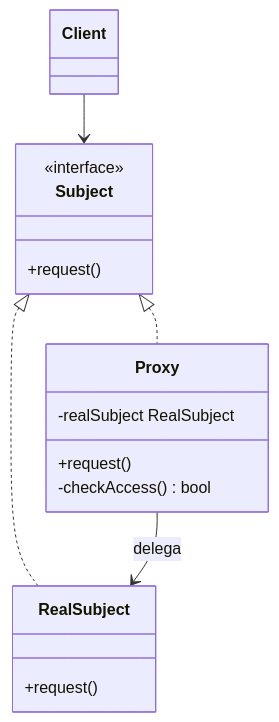
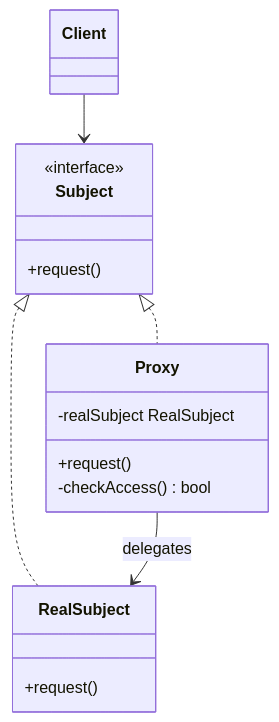
One commit to alancesar/design-patterns changed the diagram in docs/coding/gof/structural/proxy.md. Above: the diagram before and after it, drawn with Mermaid. The commit also changed 258 other files, not shown here.

First line of the commit message:
Translate Mermaid diagrams to English

````diff
--- a/docs/coding/gof/structural/proxy.md
+++ b/docs/coding/gof/structural/proxy.md
@@ -62,20 +62,20 @@
 ```mermaid
 classDiagram
     class Client
     class Subject {
         <<interface>>
         +request()
     }
     class RealSubject {
         +request()
     }
     class Proxy {
         -realSubject RealSubject
         +request()
         -checkAccess() bool
     }
     Client --> Subject
     Subject <|.. RealSubject
     Subject <|.. Proxy
-    Proxy --> RealSubject : delega
+    Proxy --> RealSubject : delegates
 ```
````
